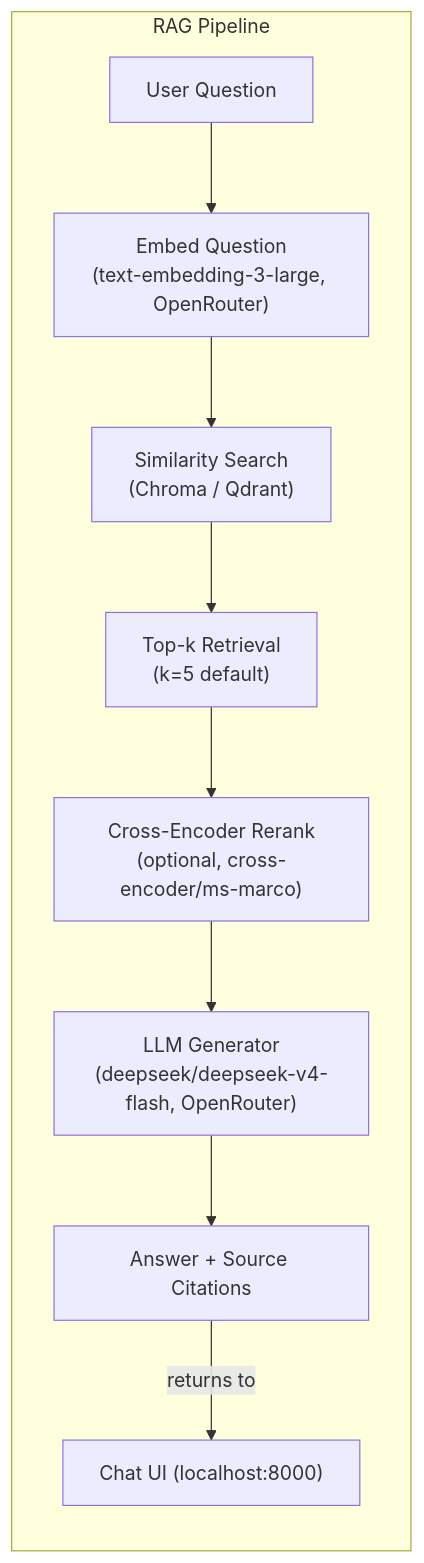
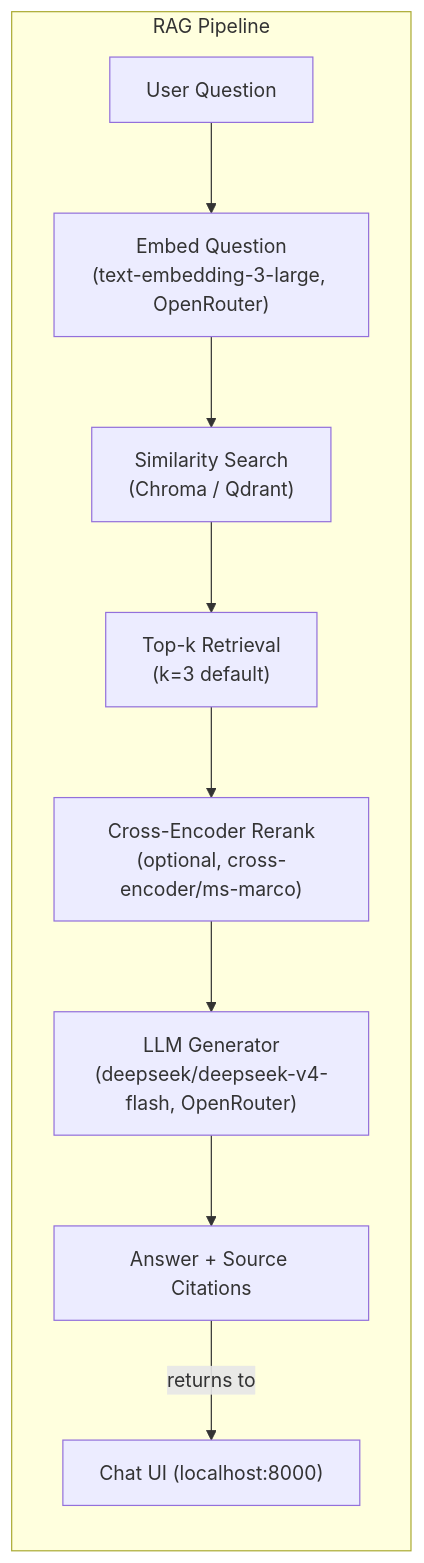
The third of 3 diagrams in README.md (dumbbellcode/fss-ai), drawn with Mermaid before and after one commit. The commit also changed 3 other files, not shown here.

First line of the commit message:
feat: lower chat top_k default to 3 chunks sent to the model

````diff
--- a/README.md
+++ b/README.md
@@ -110,13 +110,13 @@
 ```mermaid
 flowchart TD
     subgraph RAG ["RAG Pipeline"]
         direction TB
         Q["User Question"] --> E["Embed Question\n(text-embedding-3-large, OpenRouter)"]
         E --> S["Similarity Search\n(Chroma / Qdrant)"]
-        S --> T["Top-k Retrieval\n(k=5 default)"]
+        S --> T["Top-k Retrieval\n(k=3 default)"]
         T --> R["Cross-Encoder Rerank\n(optional, cross-encoder/ms-marco)"]
         R --> L["LLM Generator\n(deepseek/deepseek-v4-flash, OpenRouter)"]
         L --> A["Answer + Source Citations"]
         A -->|returns to| UI["Chat UI (localhost:8000)"]
     end
 ```
````
